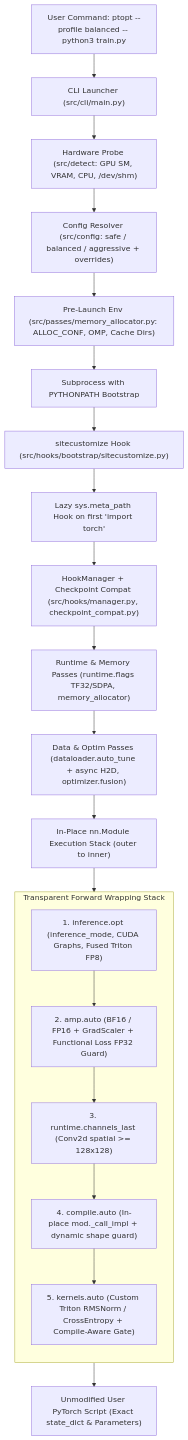
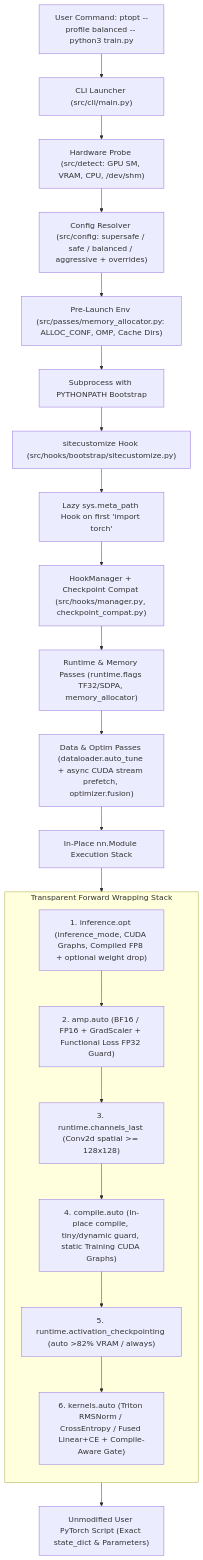
Before and after one commit to korarit/pytorch-optimize-kernel: the diagram in README.md, drawn with Mermaid. The commit also changed other lines of this file and 1 other file, not shown here.

Commit message:
docs: update README with Phase 5.1-5.5 features/benchmarks and add Phase 5.5 PASS report

````diff
--- a/README.md
+++ b/README.md
@@ -26,29 +26,30 @@
 ```mermaid
 flowchart TD
     UserCmd["User Command: ptopt --profile balanced -- python3 train.py"] --> CLI["CLI Launcher (src/cli/main.py)"]
     CLI --> Detect["Hardware Probe (src/detect: GPU SM, VRAM, CPU, /dev/shm)"]
-    Detect --> Resolver["Config Resolver (src/config: safe / balanced / aggressive + overrides)"]
+    Detect --> Resolver["Config Resolver (src/config: supersafe / safe / balanced / aggressive + overrides)"]
     Resolver --> PreEnv["Pre-Launch Env (src/passes/memory_allocator.py: ALLOC_CONF, OMP, Cache Dirs)"]
     PreEnv --> Spawn["Subprocess with PYTHONPATH Bootstrap"]
 
     Spawn --> Site["sitecustomize Hook (src/hooks/bootstrap/sitecustomize.py)"]
     Site --> LazyHook["Lazy sys.meta_path Hook on first 'import torch'"]
     LazyHook --> HookMgr["HookManager + Checkpoint Compat (src/hooks/manager.py, checkpoint_compat.py)"]
 
     HookMgr --> RuntimePasses["Runtime & Memory Passes (runtime.flags TF32/SDPA, memory_allocator)"]
-    RuntimePasses --> DataPass["Data & Optim Passes (dataloader.auto_tune + async H2D, optimizer.fusion)"]
-    DataPass --> ModuleWrappers["In-Place nn.Module Execution Stack (outer to inner)"]
+    RuntimePasses --> DataPass["Data & Optim Passes (dataloader.auto_tune + async CUDA stream prefetch, optimizer.fusion)"]
+    DataPass --> ModuleWrappers["In-Place nn.Module Execution Stack"]
 
     subgraph ModuleStack ["Transparent Forward Wrapping Stack"]
         direction TB
-        InferOpt["1. inference.opt (inference_mode, CUDA Graphs, Fused Triton FP8)"]
+        InferOpt["1. inference.opt (inference_mode, CUDA Graphs, Compiled FP8 + optional weight drop)"]
         AmpWrap["2. amp.auto (BF16 / FP16 + GradScaler + Functional Loss FP32 Guard)"]
         LayoutWrap["3. runtime.channels_last (Conv2d spatial >= 128x128)"]
-        CompileWrap["4. compile.auto (In-place mod._call_impl + dynamic shape guard)"]
-        KernelWrap["5. kernels.auto (Custom Triton RMSNorm / CrossEntropy + Compile-Aware Gate)"]
-        InferOpt --> AmpWrap --> LayoutWrap --> CompileWrap --> KernelWrap
+        CompileWrap["4. compile.auto (In-place compile, tiny/dynamic guard, static Training CUDA Graphs)"]
+        ActCkpt["5. runtime.activation_checkpointing (auto >82% VRAM / always)"]
+        KernelWrap["6. kernels.auto (Triton RMSNorm / CrossEntropy / Fused Linear+CE + Compile-Aware Gate)"]
+        InferOpt --> AmpWrap --> LayoutWrap --> CompileWrap --> ActCkpt --> KernelWrap
     end
 
     ModuleWrappers --> ModuleStack
     KernelWrap --> UserScript["Unmodified User PyTorch Script (Exact state_dict & Parameters)"]
 ```
````
